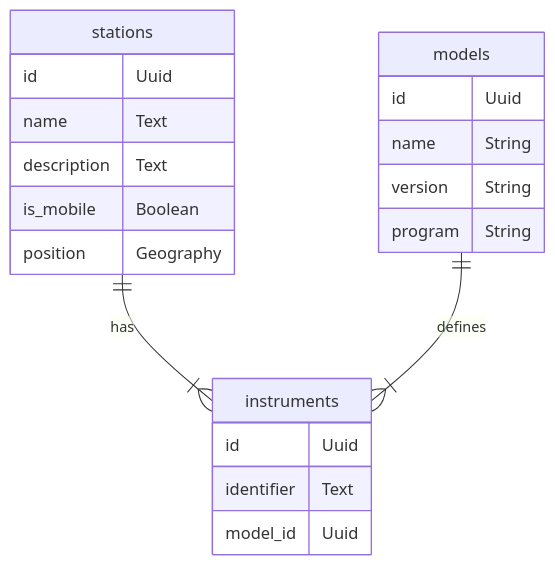
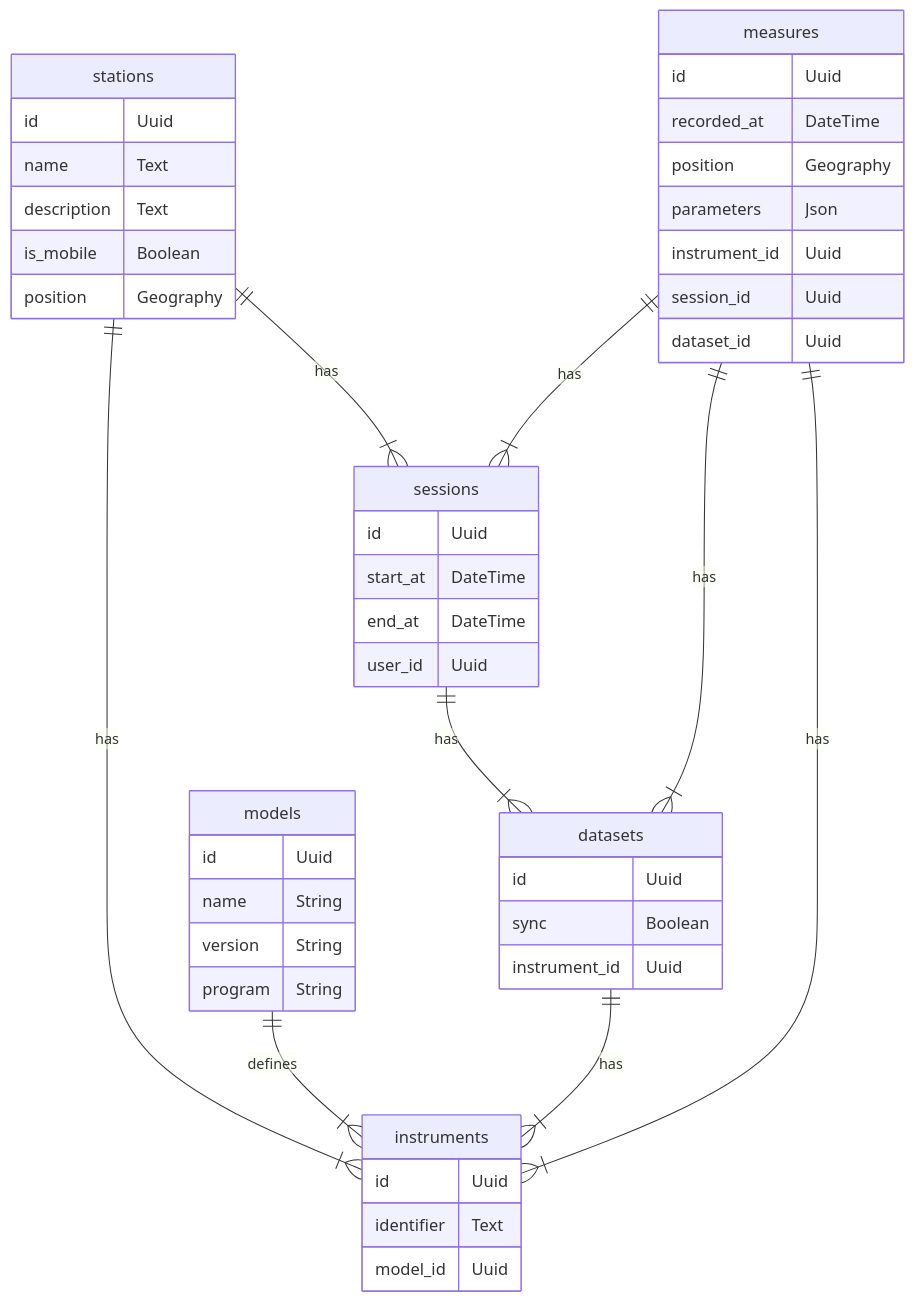
One commit to astrolabe-expeditions/data-platform changed the diagram in docs/database.md. Above: the diagram before and after it, drawn with Mermaid. The commit also changed 11 other files, not shown here.

````diff
--- a/docs/database.md
+++ b/docs/database.md
@@ -5,28 +5,57 @@
 ```mermaid
 
 erDiagram
 
 stations {
   id Uuid
   name Text
   description Text
   is_mobile Boolean
   position Geography
 }
 
 instruments {
   id Uuid
   identifier Text
   model_id Uuid
 }
 
 models {
   id Uuid
   name String
   version String
   program String
 }
 
+sessions {
+  id Uuid
+  start_at DateTime
+  end_at DateTime
+  user_id Uuid
+}
+
+datasets {
+  id Uuid
+  sync Boolean
+  instrument_id Uuid
+}
+
+measures {
+  id Uuid
+  recorded_at DateTime
+  position Geography
+  parameters Json
+  instrument_id Uuid
+  session_id Uuid
+  dataset_id Uuid
+}
+
 stations ||--|{ instruments : has
 models ||--|{ instruments : defines
+stations ||--|{ sessions : has
+sessions ||--|{ datasets : has
+datasets ||--|{ instruments : has
+measures ||--|{ datasets : has
+measures ||--|{ sessions : has
+measures ||--|{ instruments : has
 ```
````
